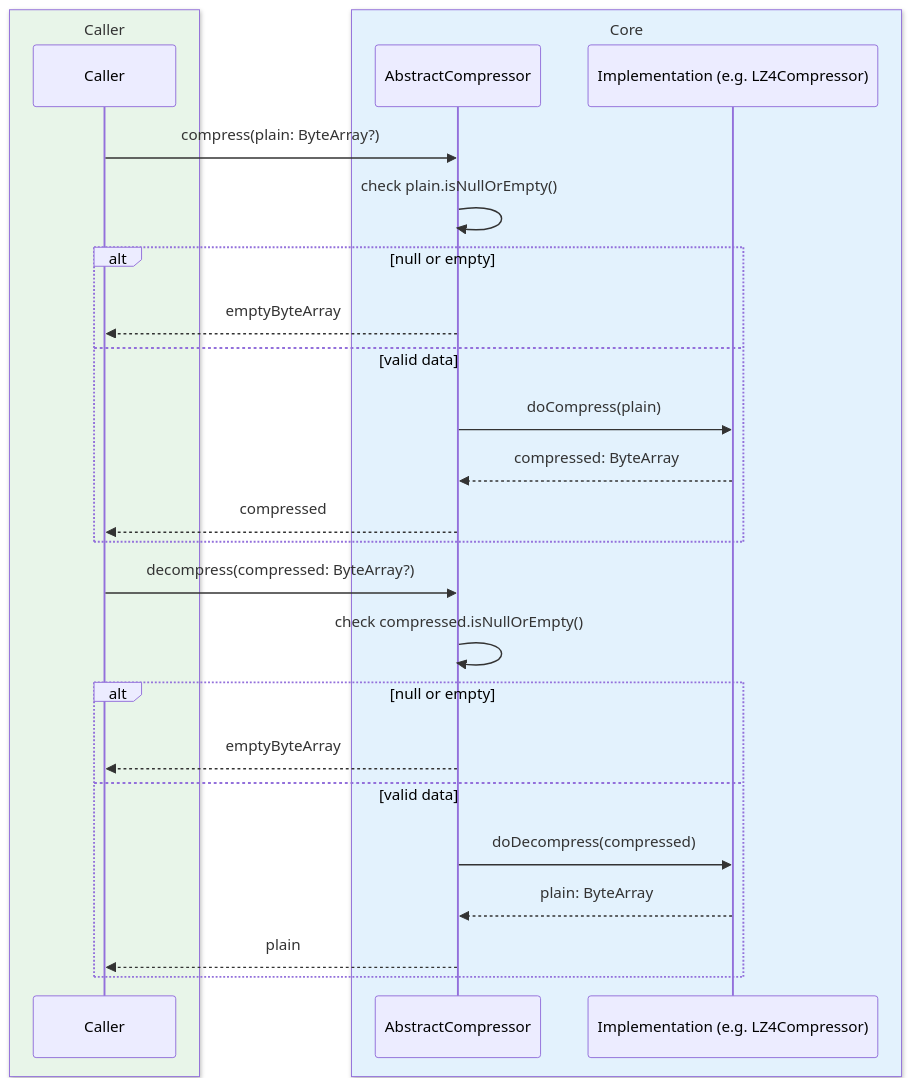
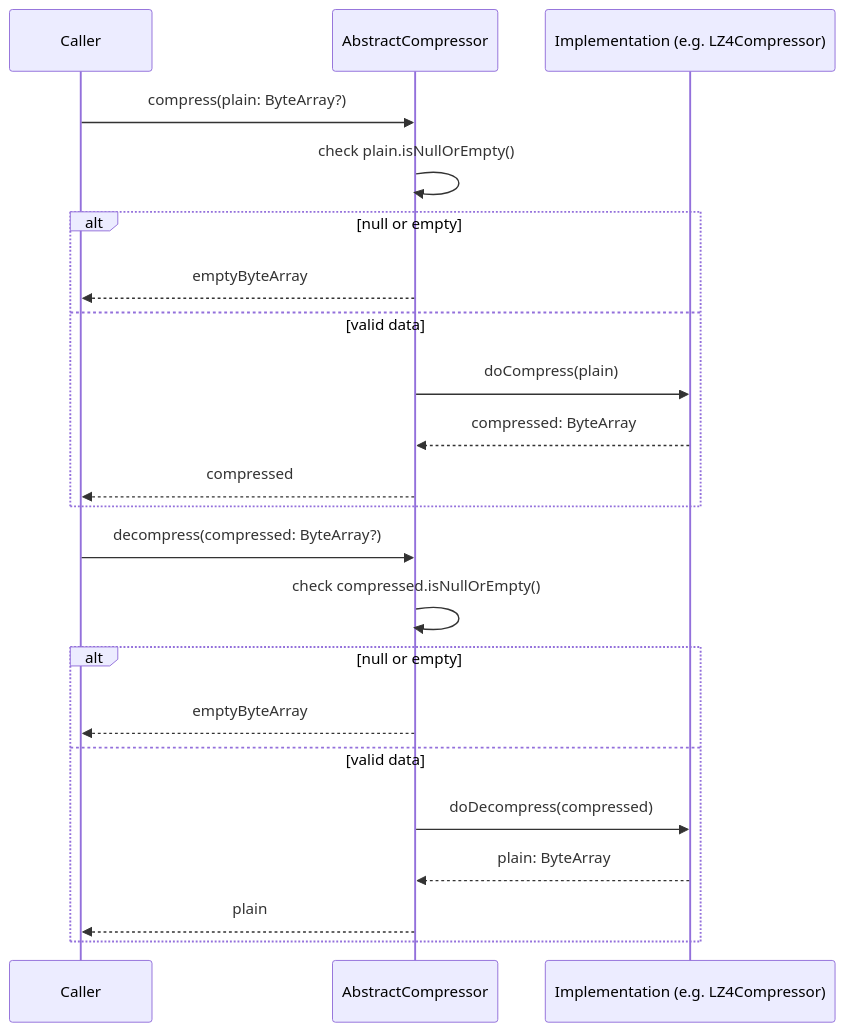
One commit to bluetape4k/bluetape4k-projects changed the third of 7 diagrams in io/io/README.md. Above: the diagram before and after it, drawn with Mermaid. The commit also changed other lines of this file and 219 other files, not shown here.

First line of the commit message:
docs: 전체 README Mermaid 다이어그램 가이드 적용

````diff
--- a/io/io/README.md
+++ b/io/io/README.md
@@ -133,30 +133,26 @@
 ```mermaid
 sequenceDiagram
-    box rgb(232, 245, 233) Caller
         participant C as Caller
-    end
-    box rgb(227, 242, 253) Core
         participant AC as AbstractCompressor
         participant Impl as Implementation (e.g. LZ4Compressor)
-    end
 
     C->>AC: compress(plain: ByteArray?)
     AC->>AC: check plain.isNullOrEmpty()
     alt null or empty
         AC-->>C: emptyByteArray
     else valid data
         AC->>Impl: doCompress(plain)
         Impl-->>AC: compressed: ByteArray
         AC-->>C: compressed
     end
 
     C->>AC: decompress(compressed: ByteArray?)
     AC->>AC: check compressed.isNullOrEmpty()
     alt null or empty
         AC-->>C: emptyByteArray
     else valid data
         AC->>Impl: doDecompress(compressed)
         Impl-->>AC: plain: ByteArray
         AC-->>C: plain
     end
 ```
````
